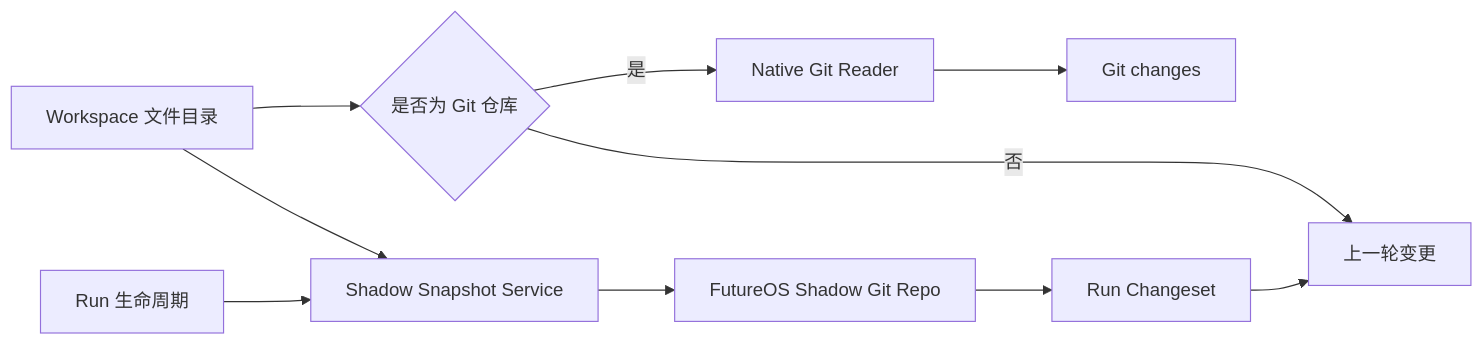
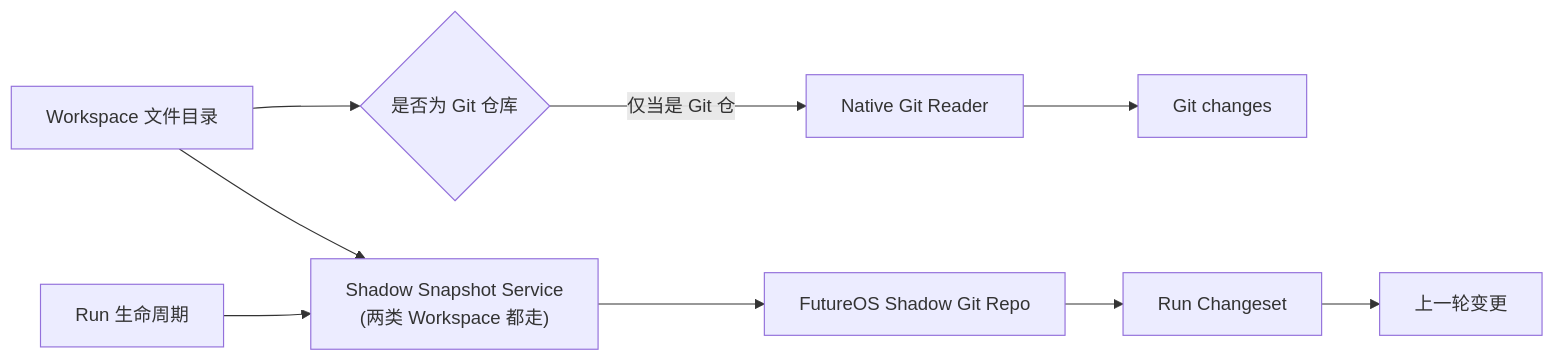
Before and after one commit to futuregene/future-os: the first of 2 diagrams in gui/SHADOW_REVIEW_DESIGN.md, drawn with Mermaid. The commit also changed other lines of this file and 34 other files, not shown here.

First line of the commit message:
feat(gui): add shadow review with snapshot store and git diff engine

````diff
--- a/gui/SHADOW_REVIEW_DESIGN.md
+++ b/gui/SHADOW_REVIEW_DESIGN.md
@@ -181,14 +203,12 @@
 ```mermaid
 flowchart LR
     W["Workspace 文件目录"] --> G{"是否为 Git 仓库"}
-    G -->|是| NG["Native Git Reader"]
+    G -->|仅当是 Git 仓| NG["Native Git Reader"]
     NG --> GC["Git changes"]
 
-    W --> SS["Shadow Snapshot Service"]
+    W --> SS["Shadow Snapshot Service<br/>(两类 Workspace 都走)"]
     R["Run 生命周期"] --> SS
     SS --> SR["FutureOS Shadow Git Repo"]
     SR --> RC["Run Changeset"]
     RC --> LC["上一轮变更"]
-
-    G -->|否| LC
 ```
````
